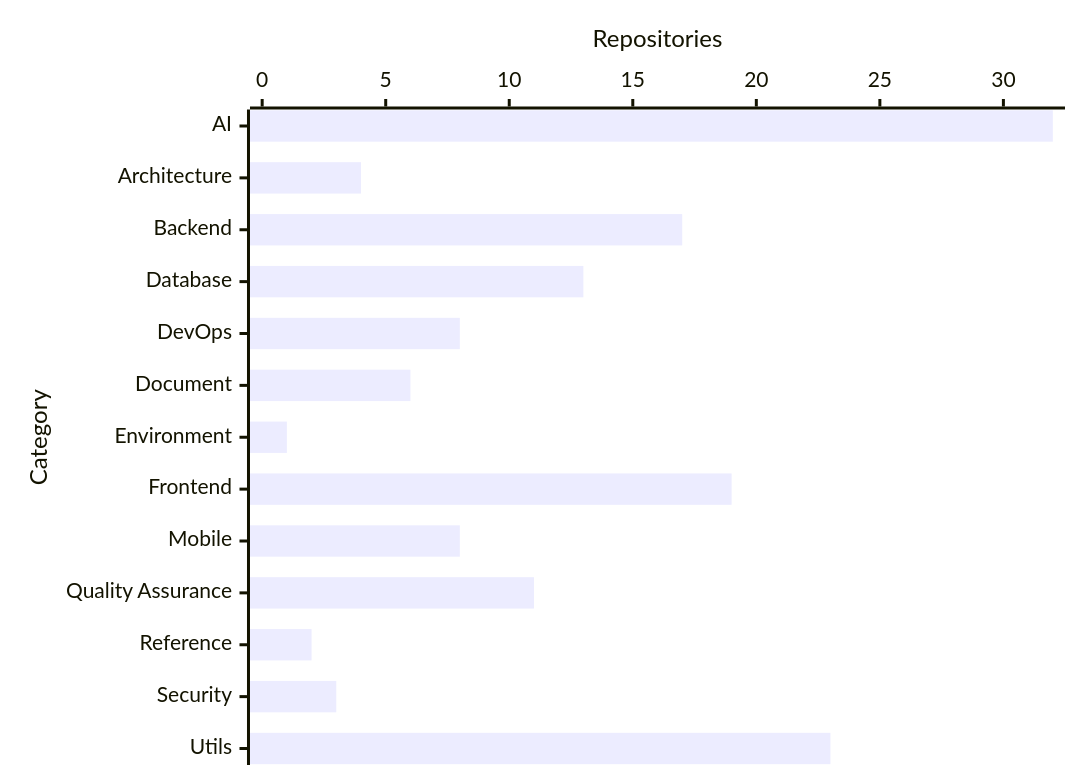
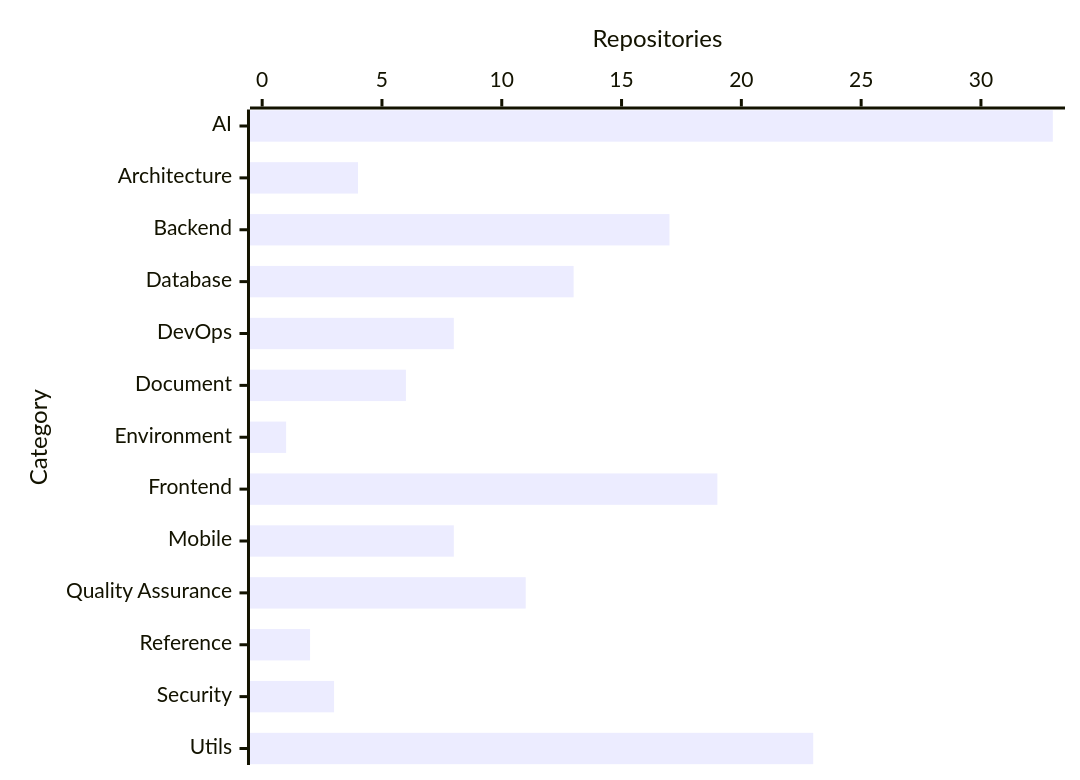
One commit to prawee/resource changed the diagram in README.md. Above: the diagram before and after it, drawn with Mermaid. The commit also changed other lines of this file, not shown here.

````diff
--- a/README.md
+++ b/README.md
@@ -11,6 +11,6 @@
 ```mermaid
 xychart-beta horizontal
     x-axis "Category" ["AI", "Architecture", "Backend", "Database", "DevOps", "Document", "Environment", "Frontend", "Mobile", "Quality Assurance", "Reference", "Security", "Utils"]
-    y-axis "Repositories" 0 --> 32
-    bar [32, 4, 17, 13, 8, 6, 1, 19, 8, 11, 2, 3, 23]
+    y-axis "Repositories" 0 --> 33
+    bar [33, 4, 17, 13, 8, 6, 1, 19, 8, 11, 2, 3, 23]
 ```
````
